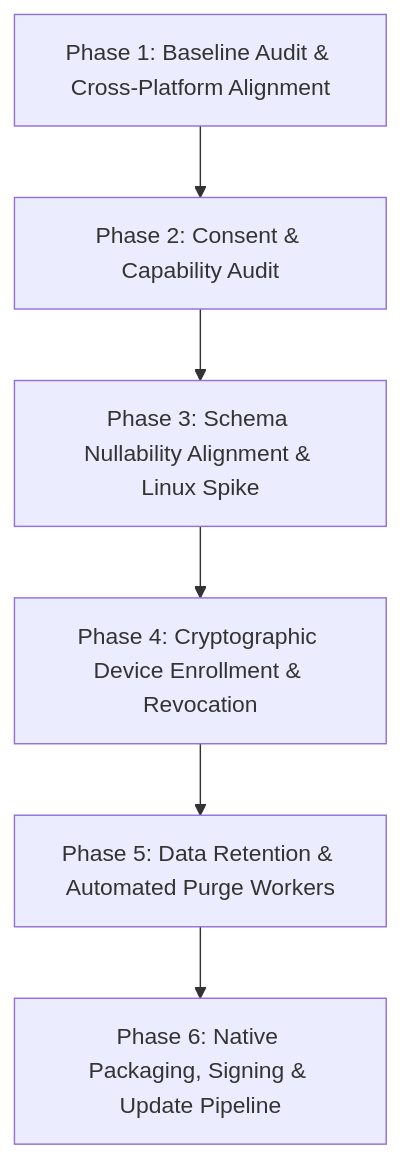
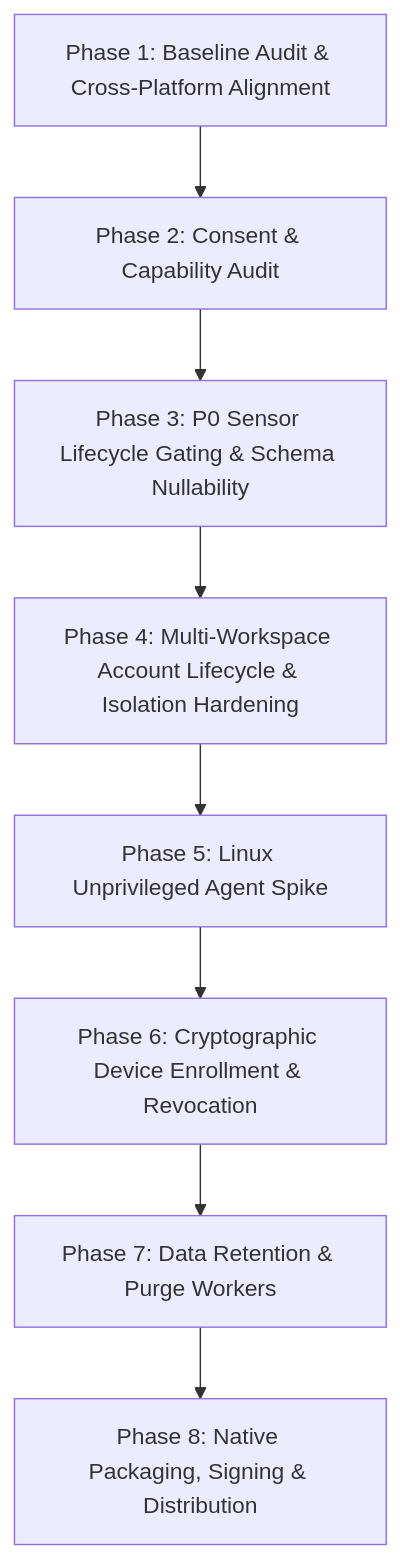
The diagram in docs/PM_EXECUTION_PLAN.md (DosiBridge/Dosi-Tracker), drawn with Mermaid before and after one commit. The commit also changed other lines of this file and 8 other files, not shown here.

````diff
--- a/docs/PM_EXECUTION_PLAN.md
+++ b/docs/PM_EXECUTION_PLAN.md
@@ -51,8 +51,10 @@
 ```mermaid
 flowchart TD
     P1[Phase 1: Baseline Audit & Cross-Platform Alignment] --> P2[Phase 2: Consent & Capability Audit]
-    P2 --> P3[Phase 3: Schema Nullability Alignment & Linux Spike]
-    P3 --> P4[Phase 4: Cryptographic Device Enrollment & Revocation]
-    P4 --> P5[Phase 5: Data Retention & Automated Purge Workers]
-    P5 --> P6[Phase 6: Native Packaging, Signing & Update Pipeline]
+    P2 --> P3[Phase 3: P0 Sensor Lifecycle Gating & Schema Nullability]
+    P3 --> P4[Phase 4: Multi-Workspace Account Lifecycle & Isolation Hardening]
+    P4 --> P5[Phase 5: Linux Unprivileged Agent Spike]
+    P5 --> P6[Phase 6: Cryptographic Device Enrollment & Revocation]
+    P6 --> P7[Phase 7: Data Retention & Purge Workers]
+    P7 --> P8[Phase 8: Native Packaging, Signing & Distribution]
 ```
````
